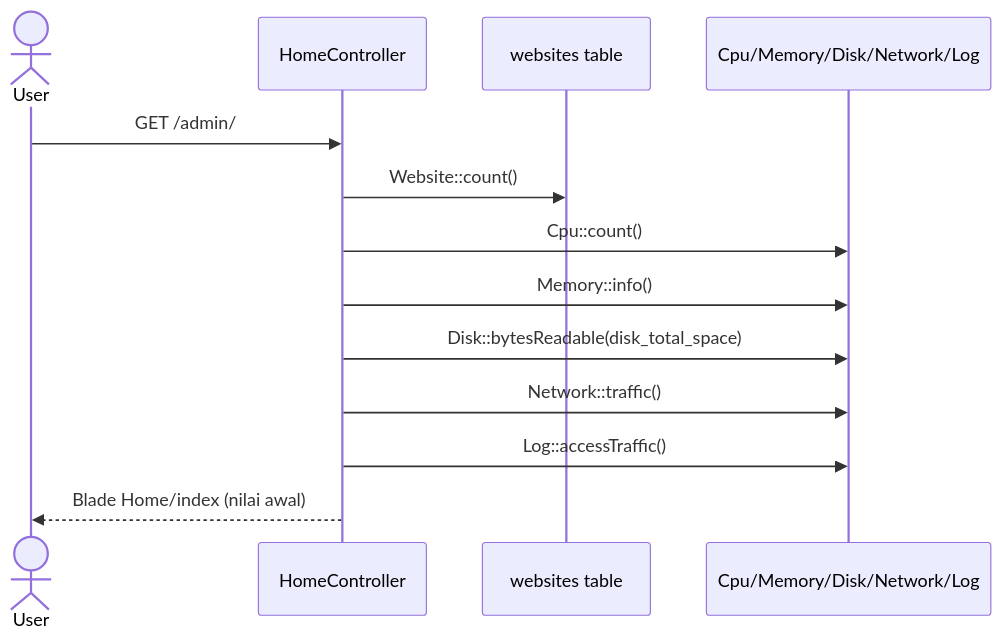
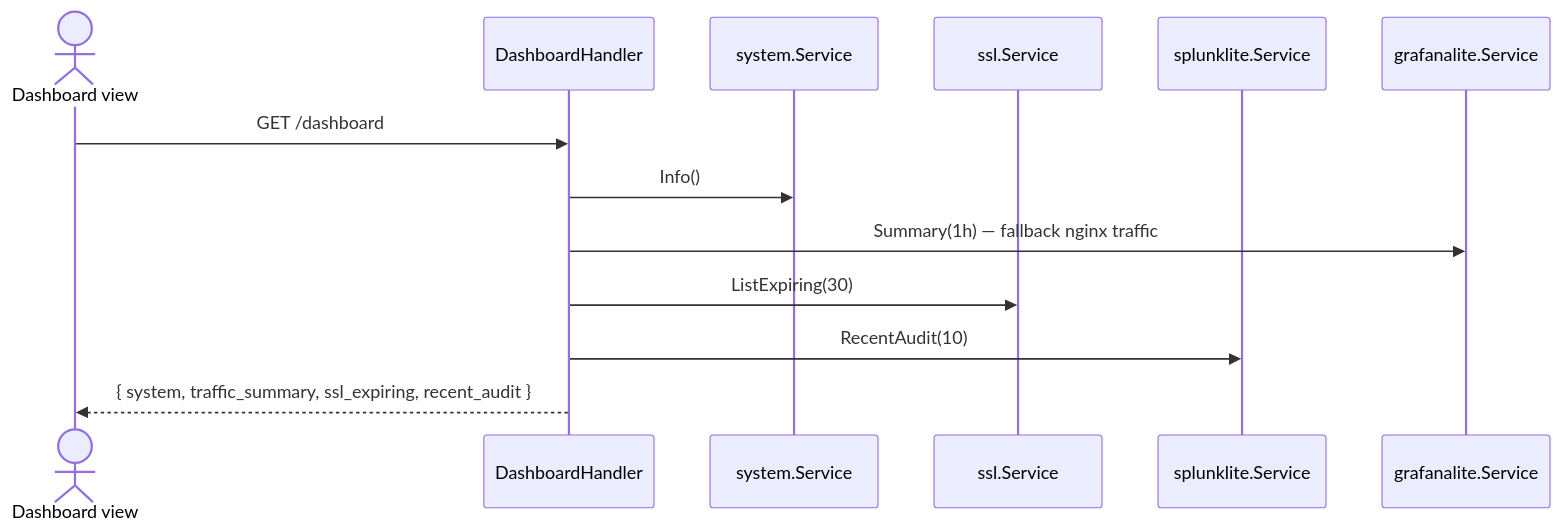
The diagram in docs/sequences/04-dashboard.md (jahrulnr/GoSite), drawn with Mermaid before and after one commit. The commit also changed other lines of this file and 107 other files, not shown here.

````diff
--- a/docs/sequences/04-dashboard.md
+++ b/docs/sequences/04-dashboard.md
@@ -9,16 +11,16 @@
 ```mermaid
 sequenceDiagram
-    actor User
-    participant Home as HomeController
-    participant DB as websites table
-    participant Lib as Cpu/Memory/Disk/Network/Log
+    actor UI as Dashboard view
+    participant H as DashboardHandler
+    participant Sys as system.Service
+    participant SSL as ssl.Service
+    participant Splunk as splunklite.Service
+    participant Graf as grafanalite.Service
 
-    User->>Home: GET /admin/
-    Home->>DB: Website::count()
-    Home->>Lib: Cpu::count()
-    Home->>Lib: Memory::info()
-    Home->>Lib: Disk::bytesReadable(disk_total_space)
-    Home->>Lib: Network::traffic()
-    Home->>Lib: Log::accessTraffic()
-    Home-->>User: Blade Home/index (nilai awal)
+    UI->>H: GET /dashboard
+    H->>Sys: Info()
+    H->>Graf: Summary(1h) — fallback nginx traffic
+    H->>SSL: ListExpiring(30)
+    H->>Splunk: RecentAudit(10)
+    H-->>UI: { system, traffic_summary, ssl_expiring, recent_audit }
 ```
````
